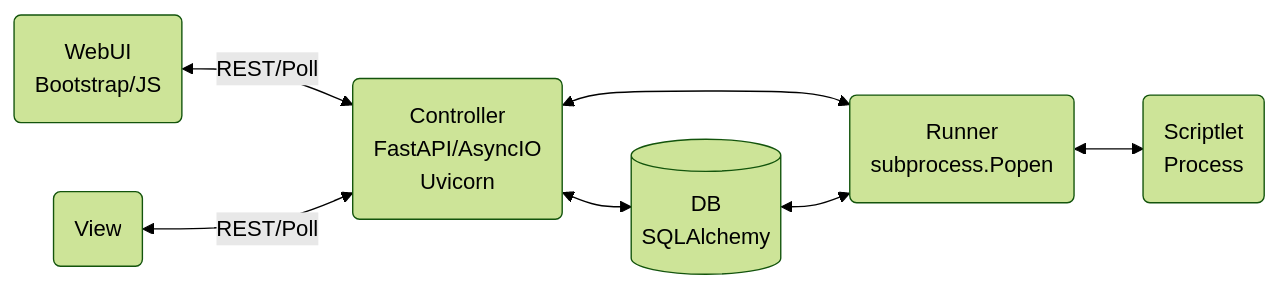
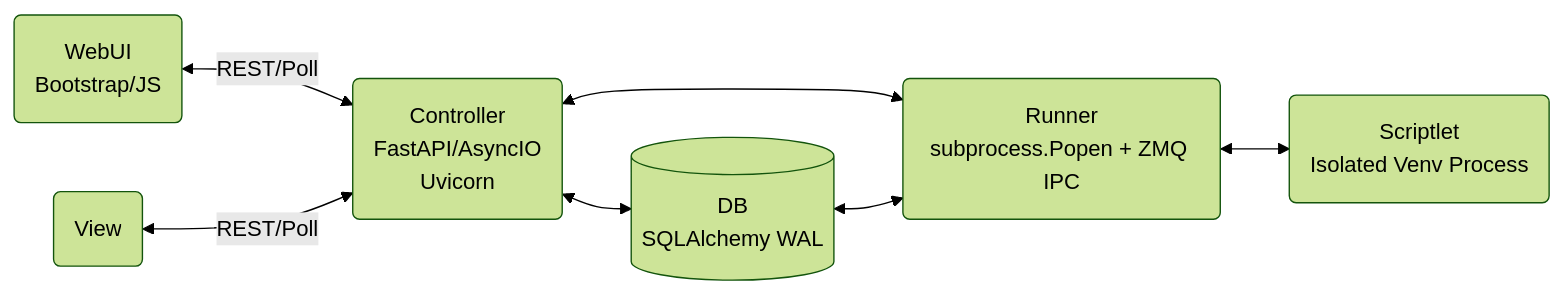
One commit to pyops-project/pyops changed the second of 11 diagrams in .roo/rules/insights_app.md. Above: the diagram before and after it, drawn with Mermaid (forest theme). The commit also changed other lines of this file and 8 other files, not shown here.

````diff
--- a/.roo/rules/insights_app.md
+++ b/.roo/rules/insights_app.md
@@ -52,16 +54,16 @@
 ```mermaid
 flowchart LR
     A("WebUI<br>Bootstrap/JS")
     B("View")
     C("Controller<br>FastAPI/AsyncIO<br>Uvicorn")
-    D[(DB<br>SQLAlchemy)]
-    E("Runner<br>subprocess.Popen")
-    F("Scriptlet<br>Process")
+    D[(DB<br>SQLAlchemy WAL)]
+    E("Runner<br>subprocess.Popen + ZMQ IPC")
+    F("Scriptlet<br>Isolated Venv Process")
 
     A <-->|"REST/Poll"| C
     B <-->|"REST/Poll"| C
     C <--> D
     C <--> E
     D <--> E
     E <--> F
 ```
````
